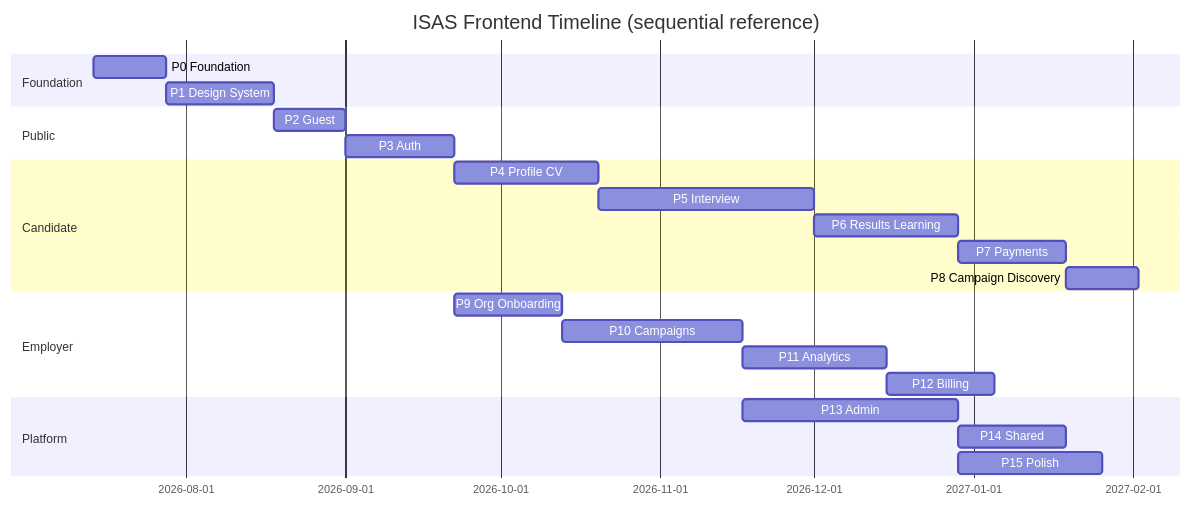
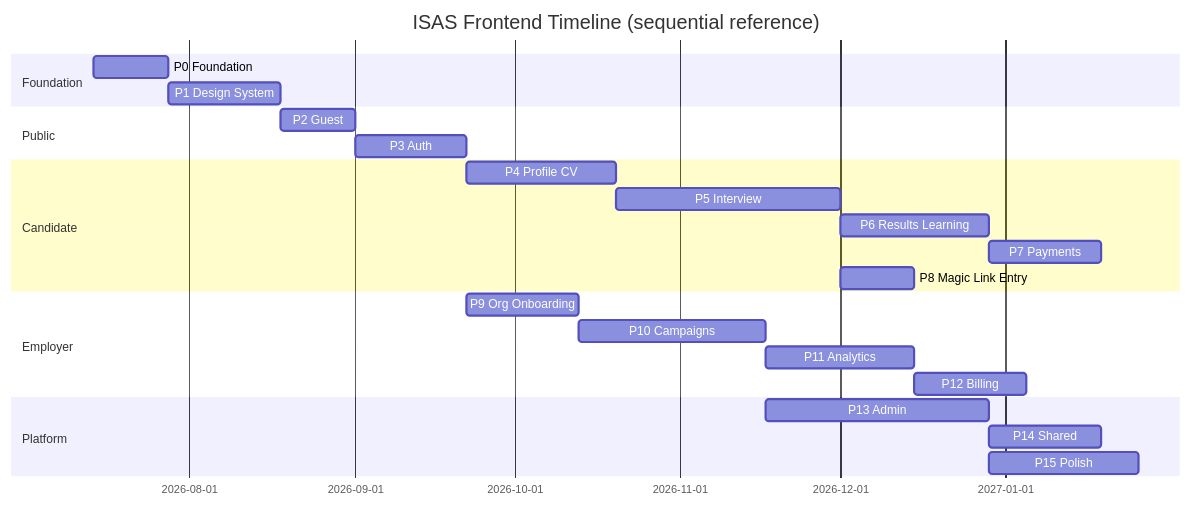
The second of 3 diagrams in docs/FRONTEND_MASTER_PLAN.md (SU26SE043/isas-web-client), drawn with Mermaid before and after one commit. The commit also changed other lines of this file and 8 other files, not shown here.

````diff
--- a/docs/FRONTEND_MASTER_PLAN.md
+++ b/docs/FRONTEND_MASTER_PLAN.md
@@ -197,26 +203,26 @@
 ```mermaid
 gantt
     title ISAS Frontend Timeline (sequential reference)
     dateFormat YYYY-MM-DD
     section Foundation
     P0 Foundation           :p0, 2026-07-14, 2w
     P1 Design System        :p1, after p0, 3w
     section Public
     P2 Guest                :p2, after p1, 2w
     P3 Auth                 :p3, after p2, 3w
     section Candidate
     P4 Profile CV           :p4, after p3, 4w
     P5 Interview            :p5, after p4, 6w
     P6 Results Learning     :p6, after p5, 4w
     P7 Payments             :p7, after p6, 3w
-    P8 Campaign Discovery   :p8, after p7, 2w
+    P8 Magic Link Entry      :p8, after p5, 2w
     section Employer
     P9 Org Onboarding       :p9, after p3, 3w
     P10 Campaigns           :p10, after p9, 5w
     P11 Analytics           :p11, after p10, 4w
     P12 Billing             :p12, after p11, 3w
     section Platform
     P13 Admin               :p13, after p10, 6w
     P14 Shared              :p14, after p6, 3w
     P15 Polish              :p15, after p13, 4w
 ```
````
